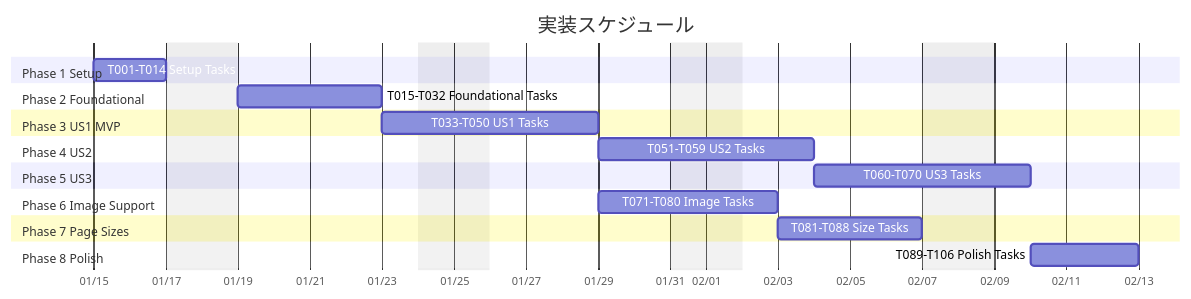
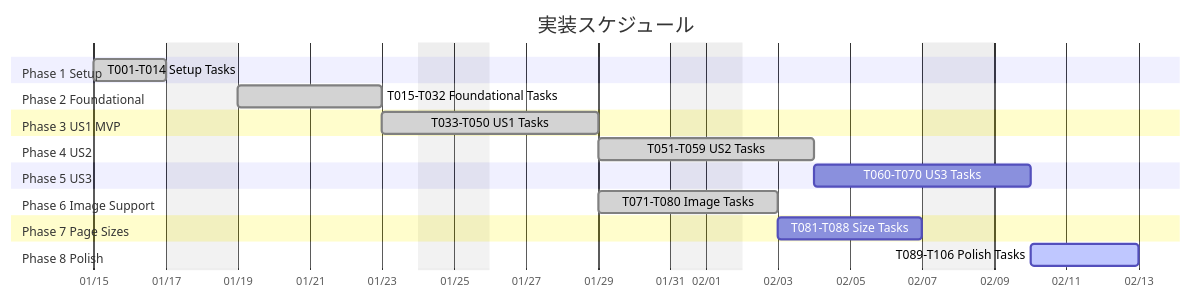
The second of 2 diagrams in specs/001-OCR-PDF-Converter/tasks.md (J1921604/OCR-PDF-Converter), drawn with Mermaid before and after one commit. The commit also changed 18 other files, not shown here.

````diff
--- a/specs/001-OCR-PDF-Converter/tasks.md
+++ b/specs/001-OCR-PDF-Converter/tasks.md
@@ -352,31 +352,31 @@
 ```mermaid
 gantt
     title 実装スケジュール
     dateFormat YYYY-MM-DD
     axisFormat %m/%d
     excludes weekends 2025-12-27 2025-12-28 2025-12-29 2025-12-30 2025-12-31 2026-01-01 2026-01-02 2026-01-03 2026-01-04
     
     section Phase 1 Setup
-    T001-T014 Setup Tasks           :p1, 2026-01-15, 2d
+    T001-T014 Setup Tasks           :done, p1, 2026-01-15, 2d
     
     section Phase 2 Foundational
-    T015-T032 Foundational Tasks    :p2, after p1, 4d
+    T015-T032 Foundational Tasks    :done, p2, after p1, 4d
     
     section Phase 3 US1 MVP
-    T033-T050 US1 Tasks             :p3, after p2, 4d
+    T033-T050 US1 Tasks             :done, p3, after p2, 4d
     
     section Phase 4 US2
-    T051-T059 US2 Tasks             :p4, after p3, 4d
+    T051-T059 US2 Tasks             :done, p4, after p3, 4d
     
     section Phase 5 US3
     T060-T070 US3 Tasks             :p5, after p4, 4d
     
     section Phase 6 Image Support
-    T071-T080 Image Tasks           :p6, after p3, 3d
+    T071-T080 Image Tasks           :done, p6, after p3, 3d
     
     section Phase 7 Page Sizes
     T081-T088 Size Tasks            :p7, after p6, 4d
     
     section Phase 8 Polish
-    T089-T106 Polish Tasks          :p8, after p5, 3d
+    T089-T106 Polish Tasks          :active, p8, after p5, 3d
 ```
````
